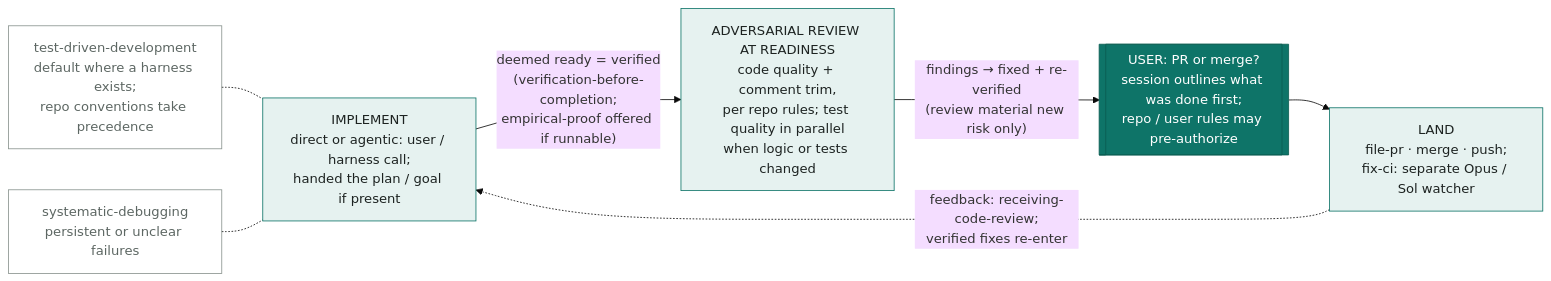
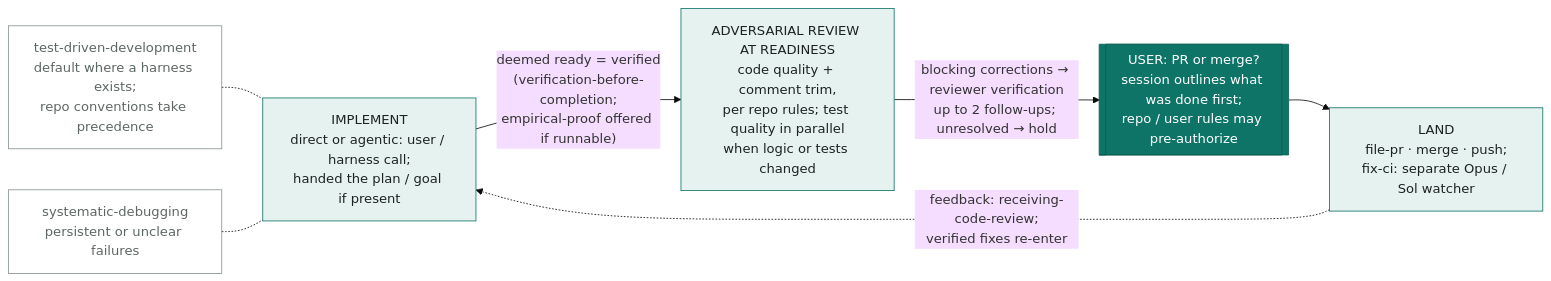
The second of 2 diagrams in docs/workbench-flow.md (giostriquer/workshop), drawn with Mermaid (base theme) before and after one commit. The commit also changed other lines of this file and 22 other files, not shown here.

First line of the commit message:
fix(workbench): verify blocking corrections in 0.40.1

````diff
--- a/docs/workbench-flow.md
+++ b/docs/workbench-flow.md
@@ -40,19 +40,19 @@
 ```mermaid
 flowchart LR
     classDef gate fill:#0e7468,stroke:#0a5c52,color:#ffffff
     classDef stage fill:#e6f2f0,stroke:#0e7468,color:#1d2321
     classDef sat fill:none,stroke:#8a948f,color:#5d6763
 
     TDD["test-driven-development<br/>default where a harness exists;<br/>repo conventions take precedence"]:::sat -.- I
     SD["systematic-debugging<br/>persistent or unclear failures"]:::sat -.- I
 
     I["IMPLEMENT<br/>direct or agentic: user / harness call;<br/>handed the plan / goal if present"]:::stage
     AR["ADVERSARIAL REVIEW AT READINESS<br/>code quality + comment trim,<br/>per repo rules; test quality in parallel<br/>when logic or tests changed"]:::stage
     OG[["USER: PR or merge?<br/>session outlines what was done first;<br/>repo / user rules may pre-authorize"]]:::gate
     L["LAND<br/>file-pr · merge · push;<br/>fix-ci: separate Opus / Sol watcher"]:::stage
 
     I -->|"deemed ready = verified<br/>(verification-before-completion;<br/>empirical-proof offered if runnable)"| AR
-    AR -->|"findings → fixed + re-verified<br/>(review material new risk only)"| OG
+    AR -->|"blocking corrections → reviewer verification<br/>up to 2 follow-ups; unresolved → hold"| OG
     OG --> L
     L -.->|"feedback: receiving-code-review;<br/>verified fixes re-enter"| I
 ```
````
